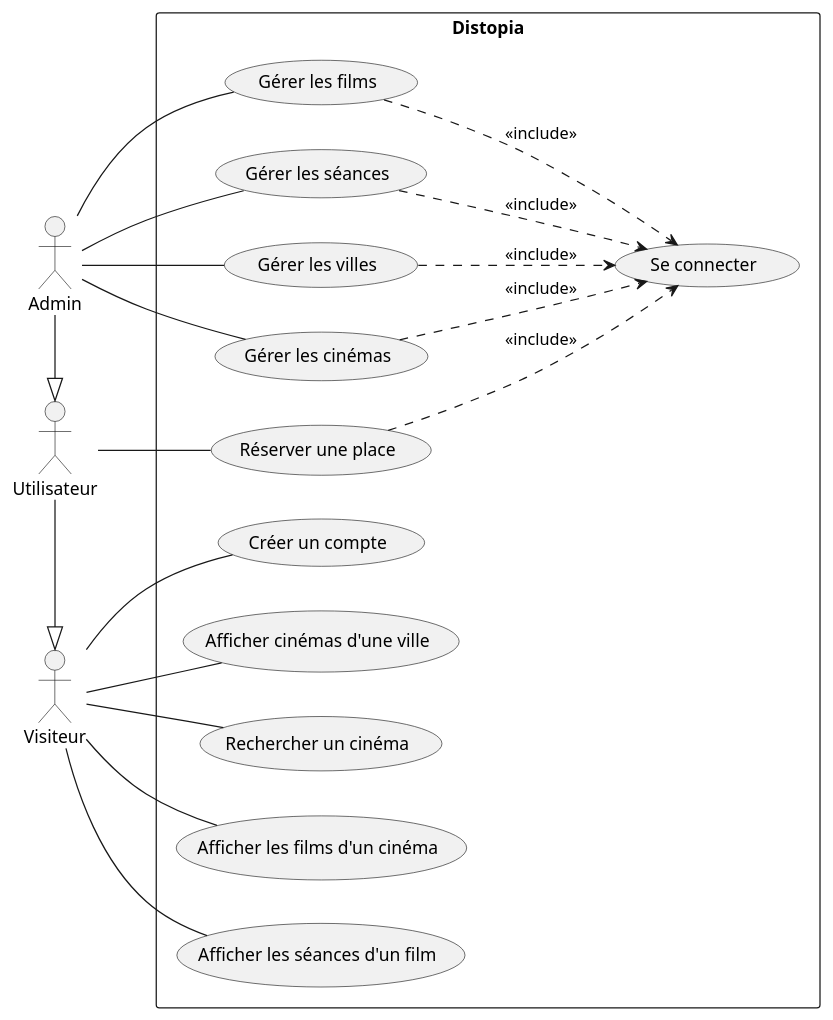
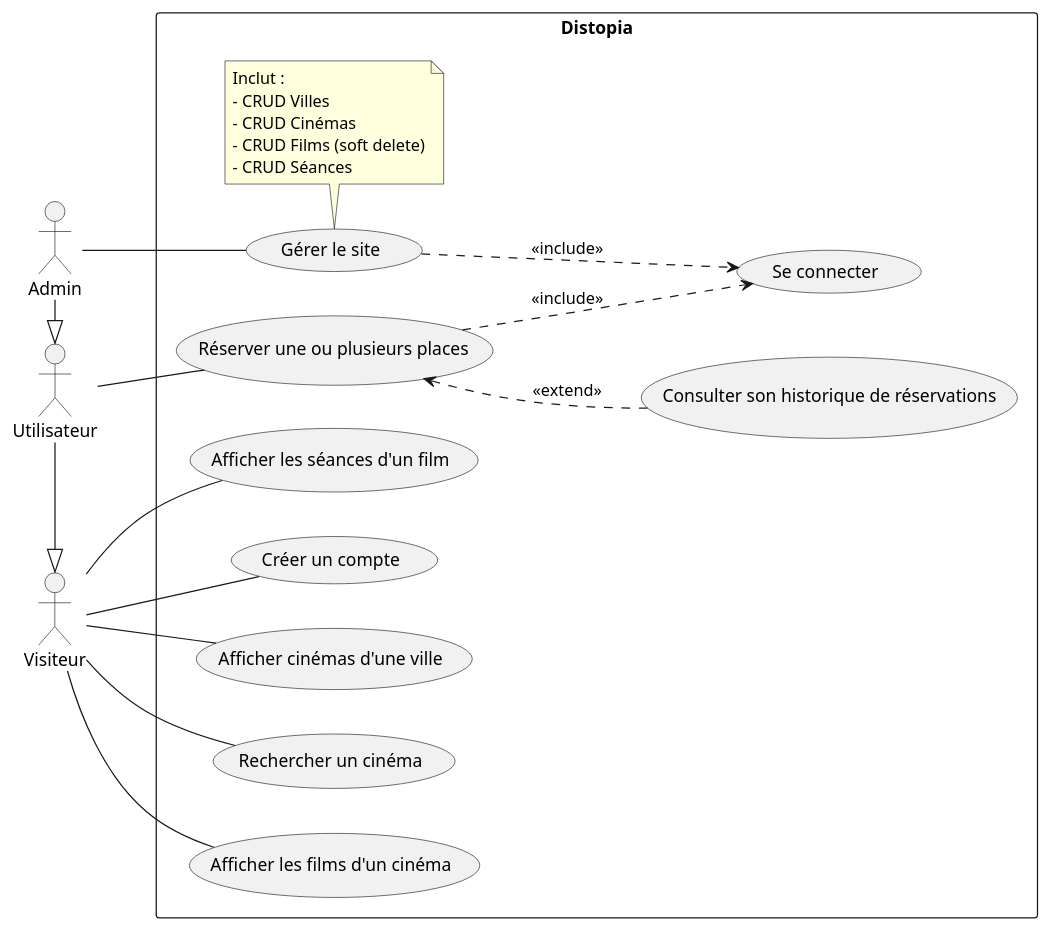
The diagram in docs/01 - Use Case/Use Case.puml (john7440/Distopia), drawn with PlantUML before and after one commit. The commit also changed 1 other file, not shown here.

Commit message:
améliorations du diagramme de use case

```diff
--- a/docs/01 - Use Case/Use Case.puml
+++ b/docs/01 - Use Case/Use Case.puml
@@ -1,47 +1,50 @@
 @startuml
 left to right direction
 
 Actor Visiteur
 Actor Utilisateur
 Actor Admin
 
 Utilisateur -|> Visiteur
 Admin -|> Utilisateur
 
 rectangle "Distopia" {
 
+usecase "Gérer le site" as A1
+
 usecase "Se connecter" as AUTH
+usecase "Créer un compte" as UC5
+
 usecase "Afficher cinémas d'une ville" as UC1
 usecase "Rechercher un cinéma" as UC2
 usecase "Afficher les films d'un cinéma" as UC3
 usecase "Afficher les séances d'un film" as UC4
-usecase "Créer un compte" as UC5
 
-usecase "Réserver une place" as UC6
+usecase "Réserver une ou plusieurs places" as UC6
 
-usecase "Gérer les villes" as A1
-usecase "Gérer les cinémas" as A2
-usecase "Gérer les films" as A3
-usecase "Gérer les séances" as A4
+usecase "Consulter son historique de réservations" as UC7
 
+note bottom of A1
+    Inclut :
+    - CRUD Villes
+    - CRUD Cinémas
+    - CRUD Films (soft delete)
+    - CRUD Séances
+end note
 
 Visiteur -- UC1
 Visiteur -- UC2
 Visiteur -- UC3
 Visiteur -- UC4
 Visiteur -- UC5
 
 Utilisateur -- UC6
 
 Admin -- A1
-Admin -- A2
-Admin -- A3
-Admin -- A4
 
 UC6 ..> AUTH : <<include>>
 A1 ..> AUTH : <<include>>
-A2 ..> AUTH : <<include>>
-A3 ..> AUTH : <<include>>
-A4 ..> AUTH : <<include>>
+
+UC7 .up.> UC6 : <<extend>>
 }
 @enduml
```
